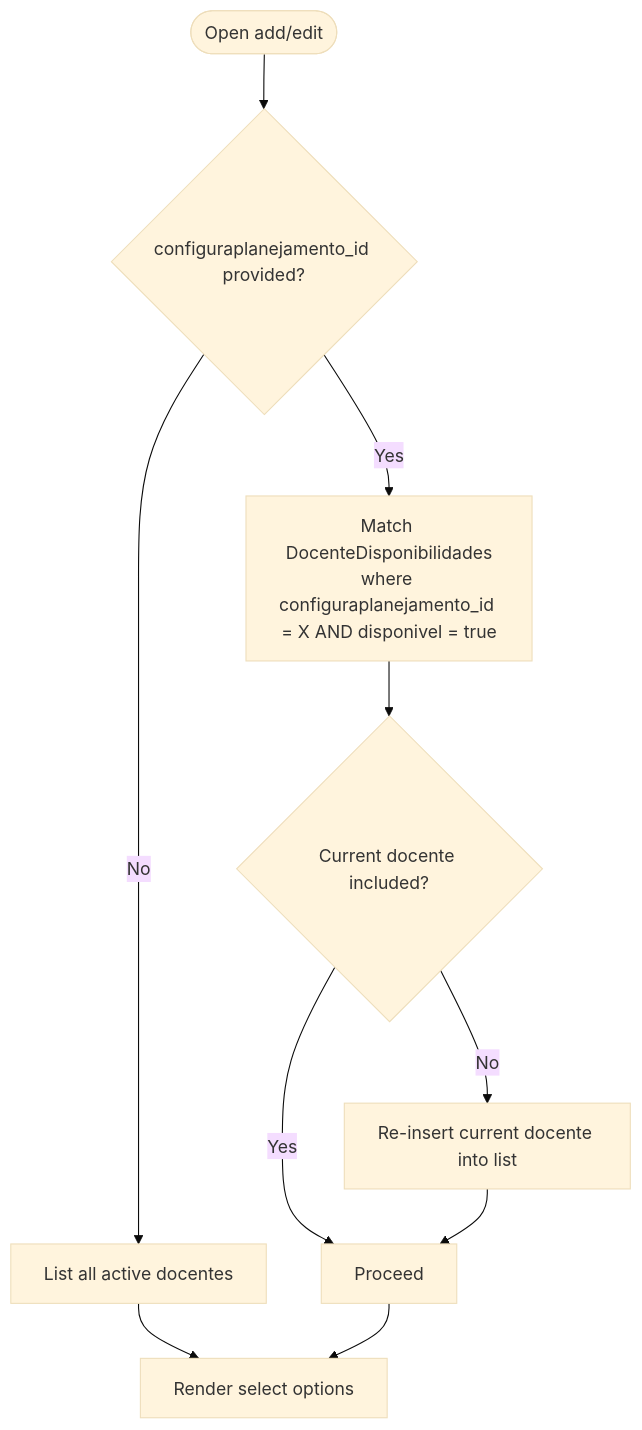
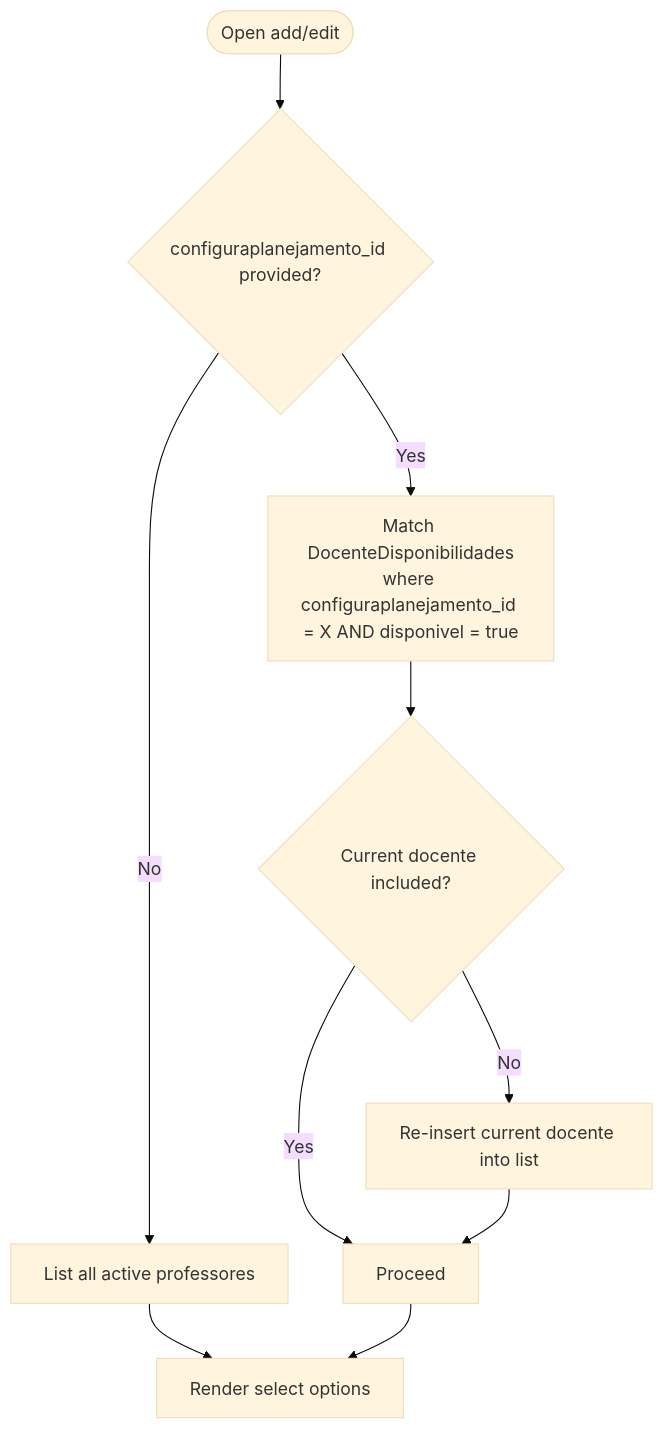
Before and after one commit to luiseduacosta/planejamento5: the seventh of 11 diagrams in .qoder/repowiki/en/content/Project Overview/Core Features Overview/Academic Planning Management/Academic Planning Management.md, drawn with Mermaid (base theme). The commit also changed other lines of this file and 37 other files, not shown here.

Commit message:
repowiki: rename Docentes → Professores in metadata

````diff
--- a/.qoder/repowiki/en/content/Project Overview/Core Features Overview/Academic Planning Management/Academic Planning Management.md
+++ b/.qoder/repowiki/en/content/Project Overview/Core Features Overview/Academic Planning Management/Academic Planning Management.md
@@ -301,12 +301,12 @@
 ```mermaid
 flowchart TD
 Start(["Open add/edit"]) --> HasConfig{"configuraplanejamento_id provided?"}
-HasConfig --> |No| ListAll["List all active docentes"]
+HasConfig --> |No| ListAll["List all active professores"]
 HasConfig --> |Yes| FilterAvail["Match DocenteDisponibilidades<br/>where configuraplanejamento_id = X AND disponivel = true"]
 FilterAvail --> EnsureCurrent{"Current docente included?"}
 EnsureCurrent --> |No| Reinsert["Re-insert current docente into list"]
 EnsureCurrent --> |Yes| Proceed["Proceed"]
 Reinsert --> Proceed
 ListAll --> Render["Render select options"]
 Proceed --> Render
 ```
````
